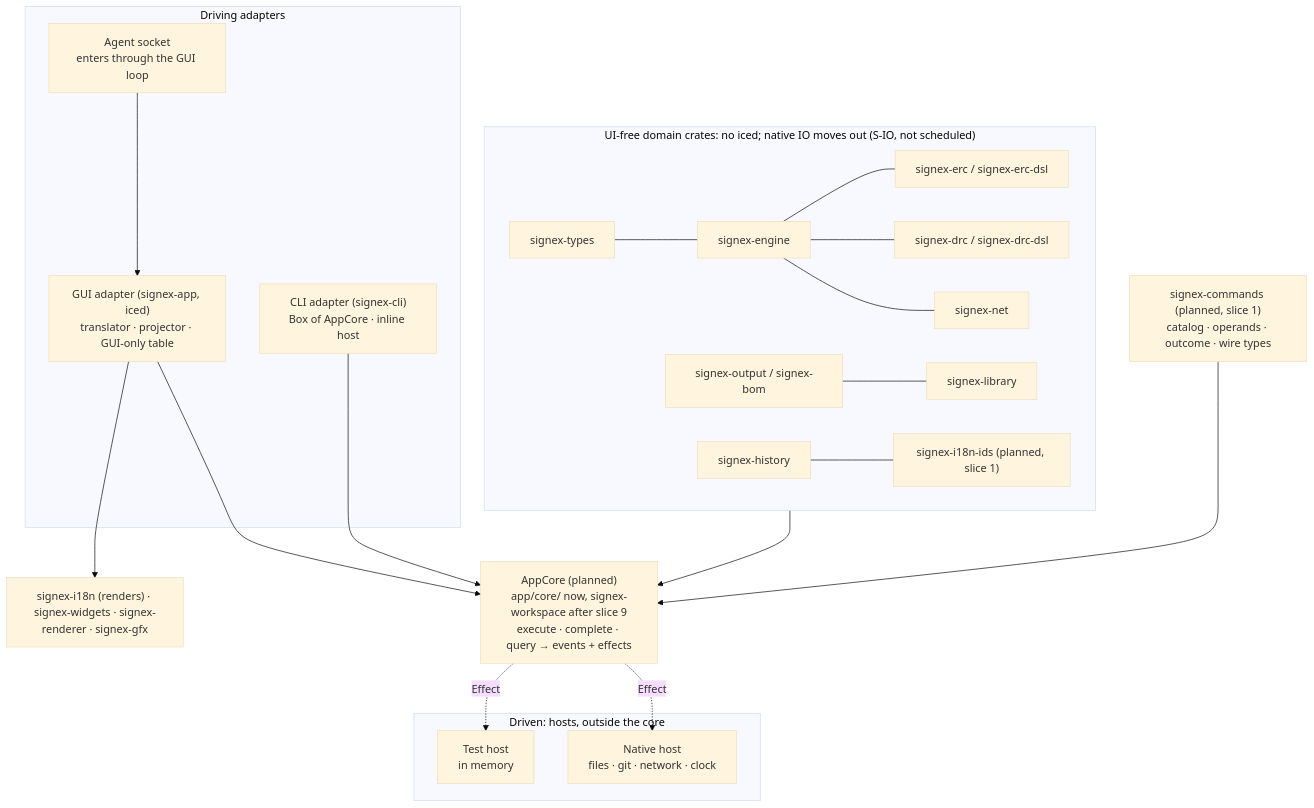
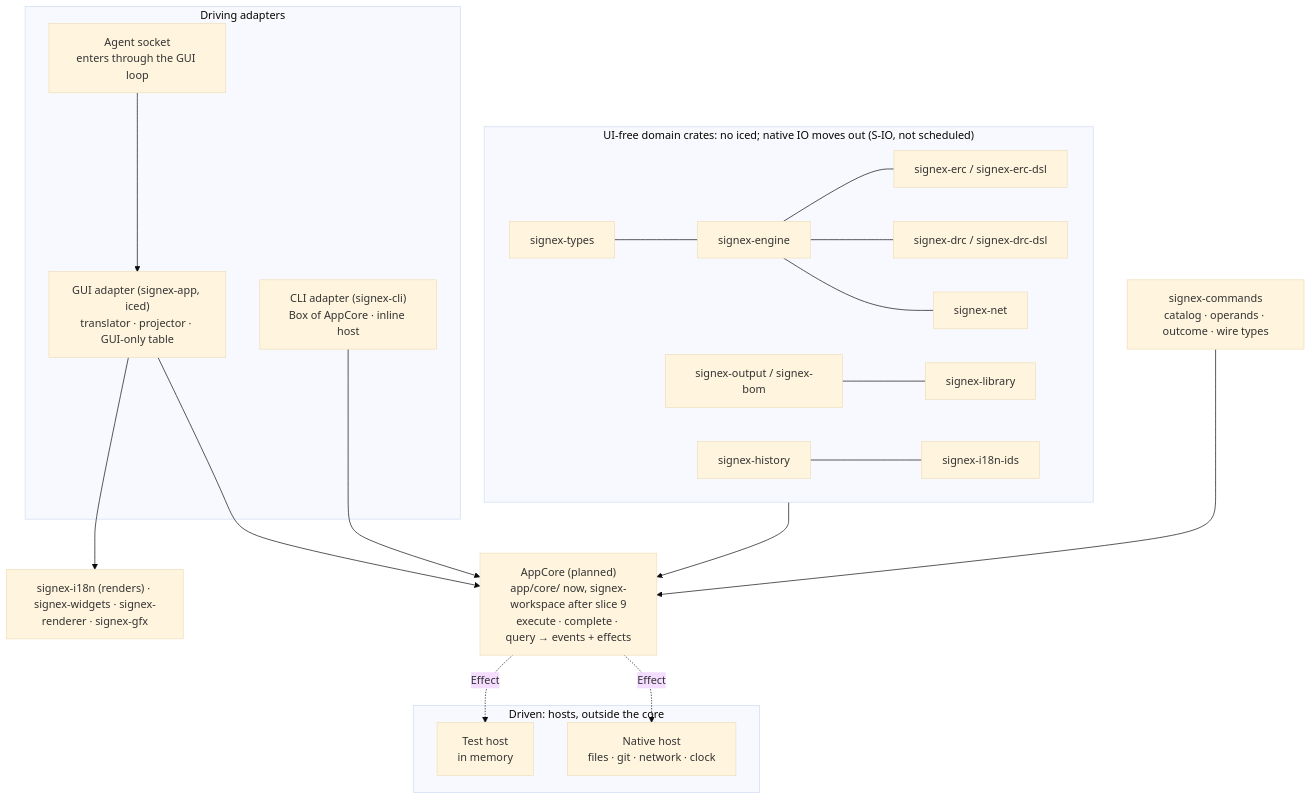
Before and after one commit to alplabai/signex: the second of 5 diagrams in docs/architecture/adr-0006-application-core.md, drawn with Mermaid (base theme). The commit also changed other lines of this file, not shown here.

Commit message:
docs(adr): mark signex-commands and signex-i18n-ids as landed; signex-commands source scan comes with the clippy lint (#2326)

````diff
--- a/docs/architecture/adr-0006-application-core.md
+++ b/docs/architecture/adr-0006-application-core.md
@@ -88,30 +88,30 @@
 ```mermaid
 flowchart TB
   subgraph domain["UI-free domain crates: no iced; native IO moves out (S-IO, not scheduled)"]
     types["signex-types"] --- engine["signex-engine"]
     engine --- erc["signex-erc / signex-erc-dsl"]
     engine --- drc["signex-drc / signex-drc-dsl"]
     engine --- net["signex-net"]
     output["signex-output / signex-bom"] --- library["signex-library"]
-    history["signex-history"] --- ids["signex-i18n-ids (planned, slice 1)"]
+    history["signex-history"] --- ids["signex-i18n-ids"]
   end
-  commands["signex-commands (planned, slice 1)<br/>catalog · operands · outcome · wire types"]
+  commands["signex-commands<br/>catalog · operands · outcome · wire types"]
   core["AppCore (planned)<br/>app/core/ now, signex-workspace after slice 9<br/>execute · complete · query → events + effects"]
   domain --> core
   commands --> core
   subgraph hosts["Driven: hosts, outside the core"]
     native["Native host<br/>files · git · network · clock"]
     testhost["Test host<br/>in memory"]
   end
   core -.->|"Effect"| native
   core -.->|"Effect"| testhost
   subgraph adapters["Driving adapters"]
     gui["GUI adapter (signex-app, iced)<br/>translator · projector · GUI-only table"]
     cli["CLI adapter (signex-cli)<br/>Box of AppCore · inline host"]
     sock["Agent socket<br/>enters through the GUI loop"]
   end
   gui --> core
   cli --> core
   sock --> gui
   gui --> ui["signex-i18n (renders) · signex-widgets · signex-renderer · signex-gfx"]
 ```
````
